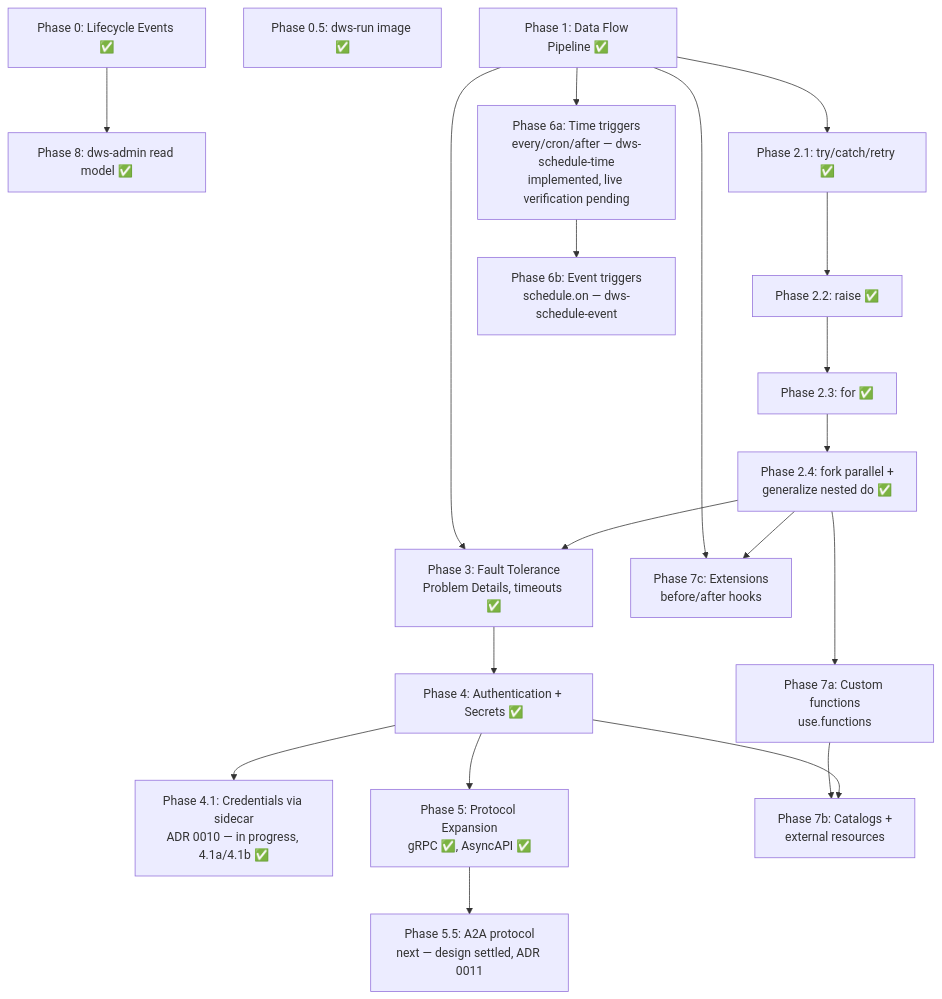
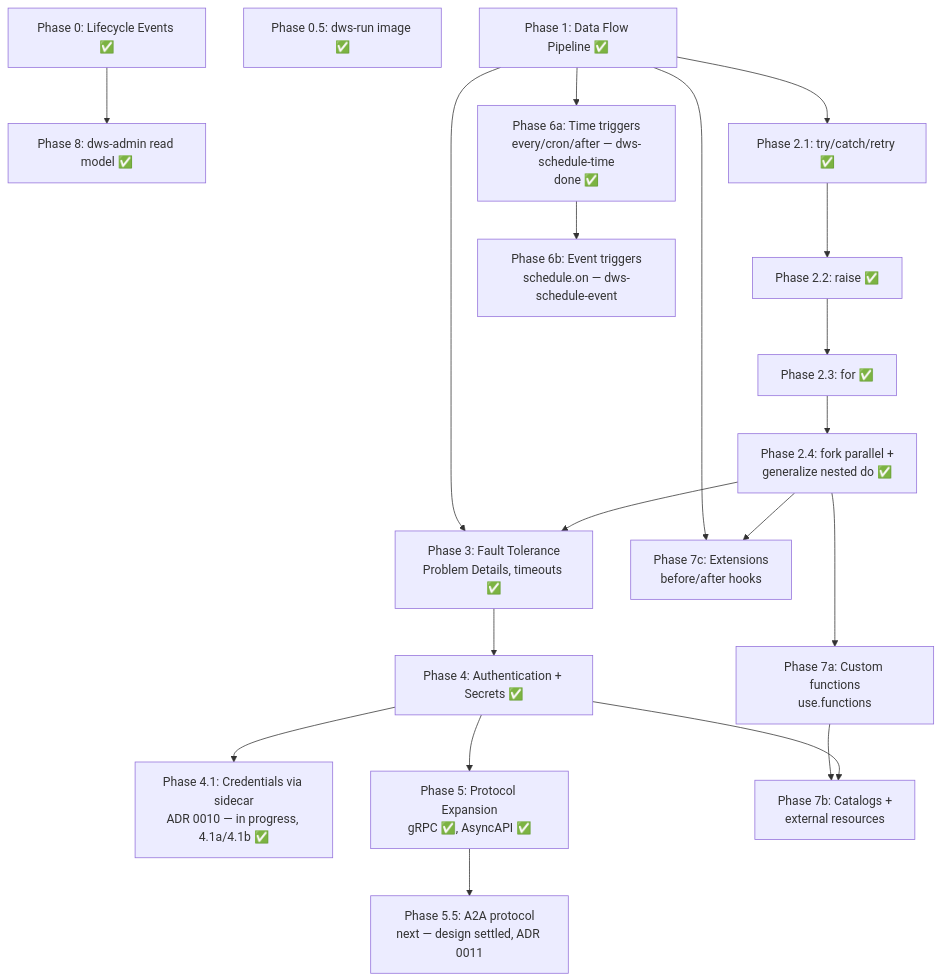
The diagram in docs/roadmaps/openworkflow-features.md (tonylibs/dapr-workflow-spec), drawn with Mermaid before and after one commit. The commit also changed other lines of this file and 16 other files, not shown here.

First line of the commit message:
docs(openspec): archive scheduling-phase-6a-time-triggers, sync capability specs

````diff
--- a/docs/roadmaps/openworkflow-features.md
+++ b/docs/roadmaps/openworkflow-features.md
@@ -50,22 +50,22 @@
 ```mermaid
 flowchart TD
   P0[Phase 0: Lifecycle Events ✅] --> P8[Phase 8: dws-admin read model ✅]
   P05[Phase 0.5: dws-run image ✅]
   P1[Phase 1: Data Flow Pipeline ✅] --> P2a[Phase 2.1: try/catch/retry ✅]
   P2a --> P2b[Phase 2.2: raise ✅]
   P2b --> P2c[Phase 2.3: for ✅]
   P2c --> P2d[Phase 2.4: fork parallel +<br/>generalize nested do ✅]
   P1 --> P3[Phase 3: Fault Tolerance<br/>Problem Details, timeouts ✅]
   P2d --> P3
   P3 --> P4[Phase 4: Authentication + Secrets ✅]
   P4 --> P41[Phase 4.1: Credentials via sidecar<br/>ADR 0010 — in progress, 4.1a/4.1b ✅]
   P4 --> P5[Phase 5: Protocol Expansion<br/>gRPC ✅, AsyncAPI ✅]
   P5 --> P55[Phase 5.5: A2A protocol<br/>next — design settled, ADR 0011]
-  P1 --> P6a[Phase 6a: Time triggers<br/>every/cron/after — dws-schedule-time<br/>implemented, live verification pending]
+  P1 --> P6a[Phase 6a: Time triggers<br/>every/cron/after — dws-schedule-time<br/>done ✅]
   P6a --> P6b[Phase 6b: Event triggers<br/>schedule.on — dws-schedule-event]
   P2d --> P7a[Phase 7a: Custom functions<br/>use.functions]
   P7a --> P7b[Phase 7b: Catalogs +<br/>external resources]
   P4 --> P7b
   P1 --> P7c[Phase 7c: Extensions<br/>before/after hooks]
   P2d --> P7c
 ```
````
